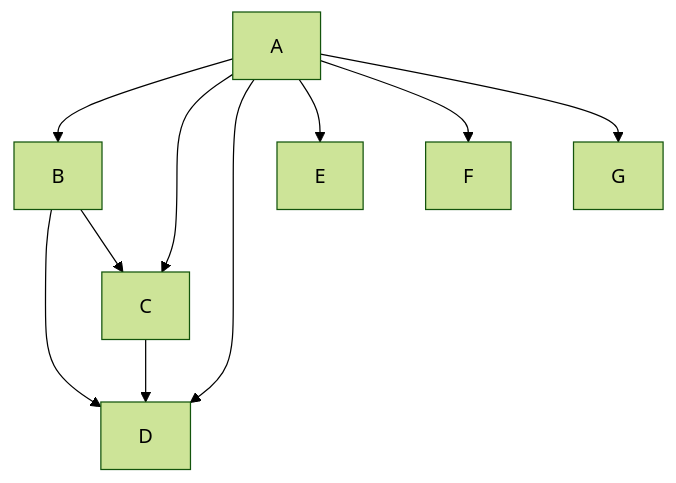
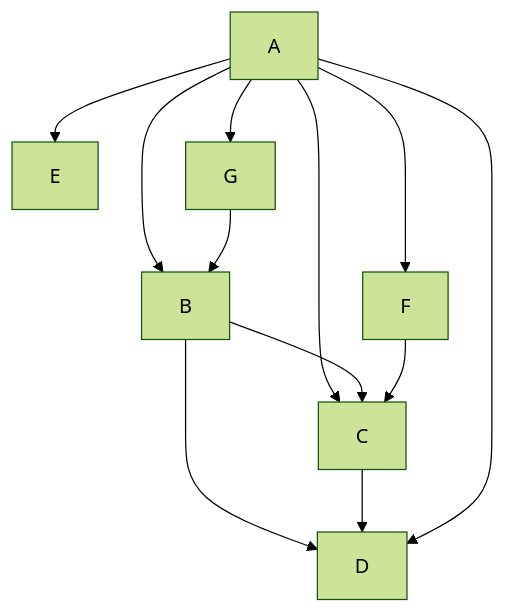
One commit to sechshelme/Lazarus-FreeVision-Tutorial changed the diagram in readme.md. Above: the diagram before and after it, drawn with Mermaid (forest theme).

````diff
--- a/readme.md
+++ b/readme.md
@@ -24,12 +24,14 @@
 ```mermaid
 graph TD;
     A-->B;
     A-->C;
     B-->D;
     C-->D;
     B-->C;
     A-->D;
     A-->E;
     A-->F;
     A-->G;
+    F-->C;
+    G-->B;
 ```
````
